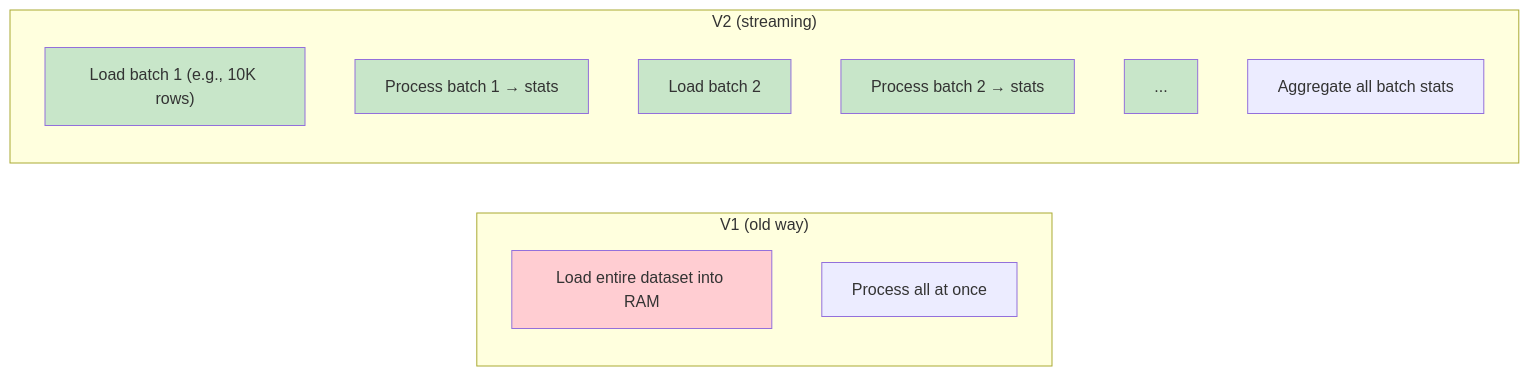
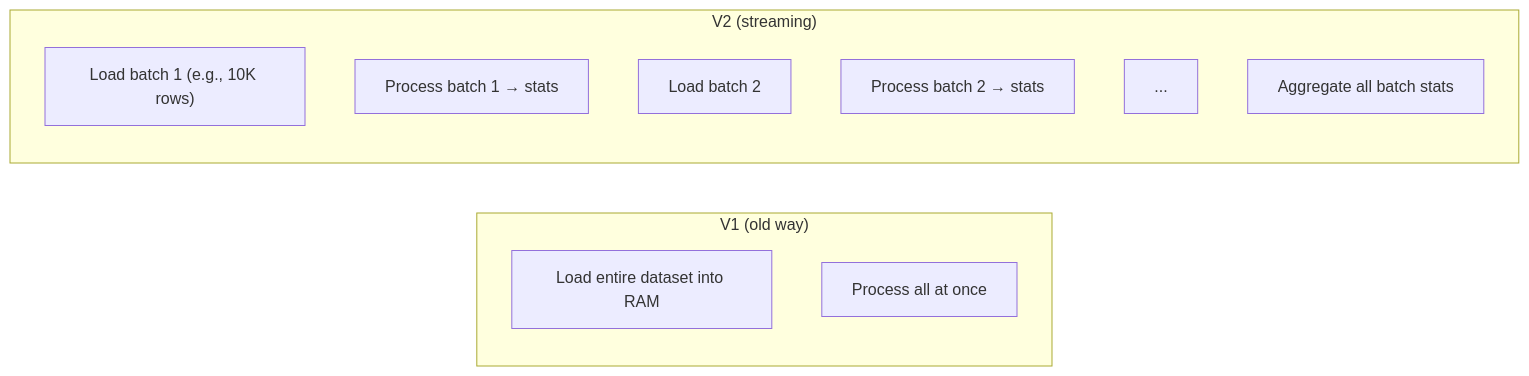
Before and after one commit to Safenai/dqm-ml-workspace: the second of 2 diagrams in docs/dqm-ml-v2.md, drawn with Mermaid. The commit also changed 13 other files, not shown here.

````diff
--- a/docs/dqm-ml-v2.md
+++ b/docs/dqm-ml-v2.md
@@ -57,25 +57,18 @@
 ```mermaid
 flowchart LR
     subgraph "V1 (old way)"
         direction TB
         V1["Load entire dataset into RAM"]
         V1c["Process all at once"]
     end
     
     subgraph "V2 (streaming)"
         direction TB
         V2a["Load batch 1 (e.g., 10K rows)"]
         V2p1["Process batch 1 &rarr; stats"]
         V2b["Load batch 2"]
         V2p2["Process batch 2 &rarr; stats"]
         V2c["..."]
         V2agg["Aggregate all batch stats"]
     end
-    
-    style V1 fill:#ffcdd2
-    style V2a fill:#c8e6c9
-    style V2p1 fill:#c8e6c9
-    style V2b fill:#c8e6c9
-    style V2p2 fill:#c8e6c9
-    style V2c fill:#c8e6c9
 ```
````
